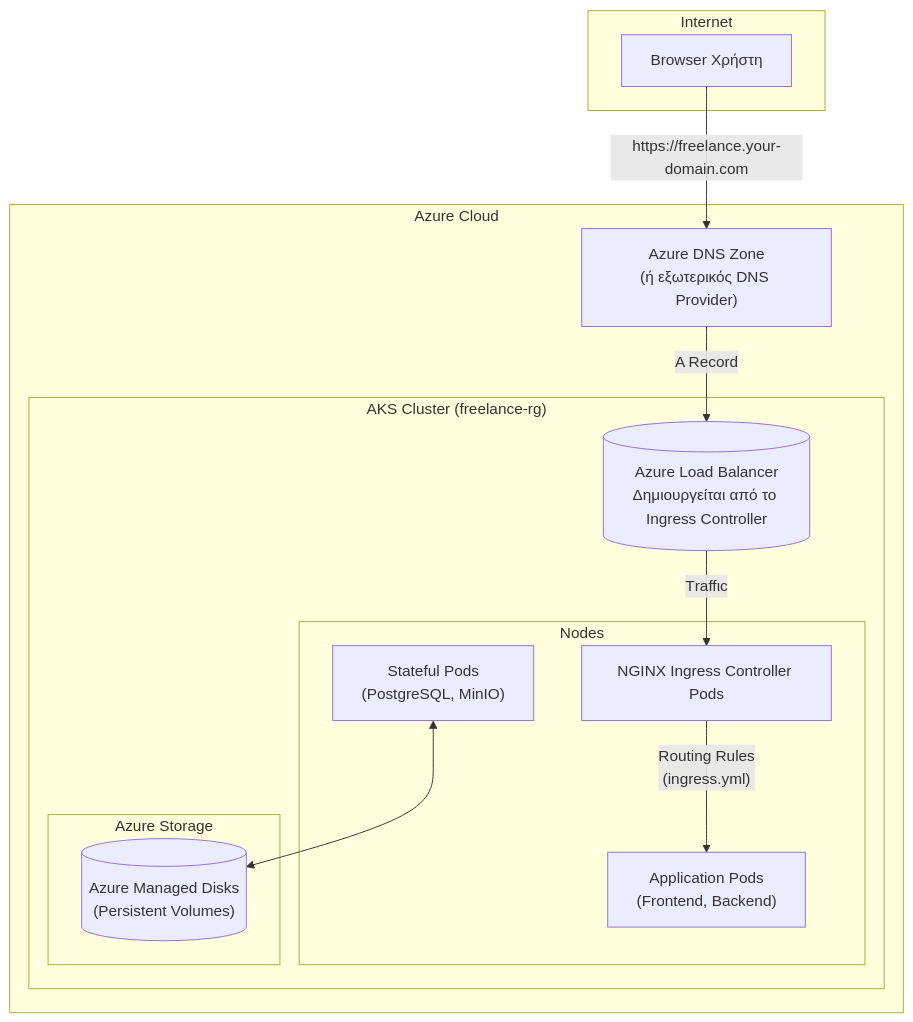
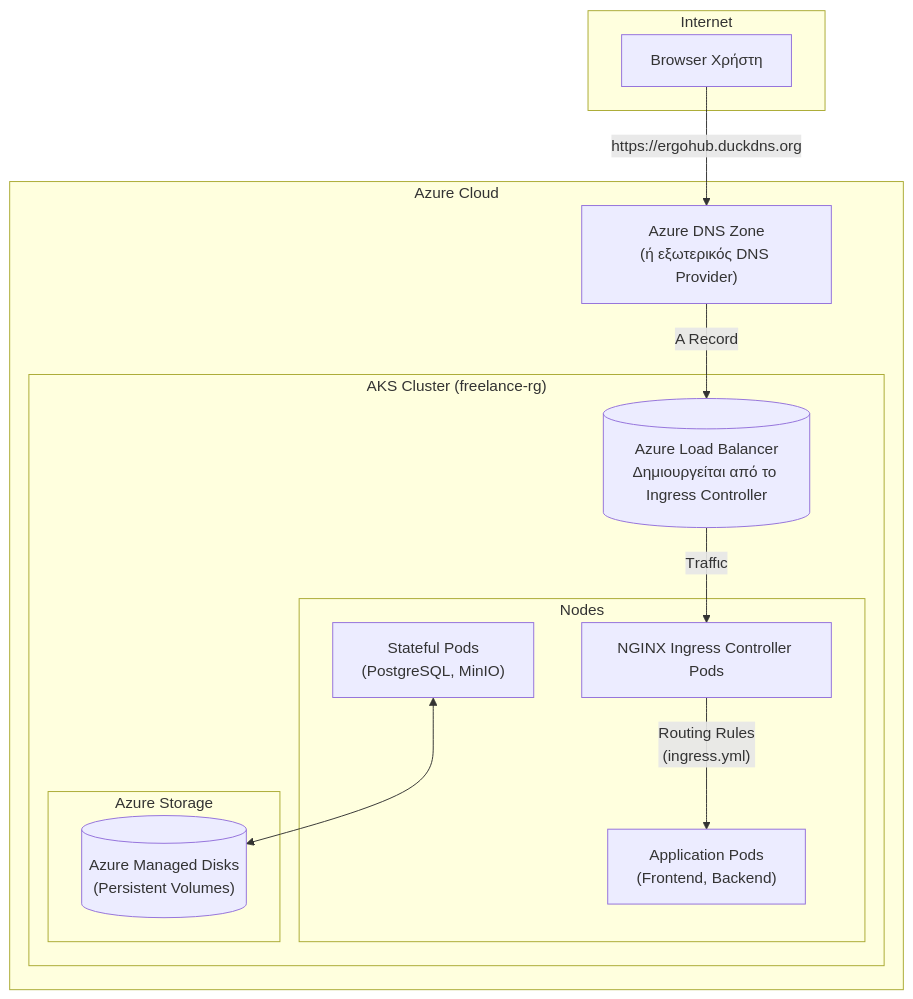
One commit to naasssssty/Freelance changed the diagram in azure/README.md. Above: the diagram before and after it, drawn with Mermaid. The commit also changed other lines of this file, not shown here.

Commit message:
docs: Update Azure README with actual domain names

````diff
--- a/azure/README.md
+++ b/azure/README.md
@@ -11,31 +11,31 @@
 ```mermaid
 graph TD
     subgraph "Internet"
         USER["Browser Χρήστη"]
     end
 
     subgraph "Azure Cloud"
         DNS["Azure DNS Zone<br/>(ή εξωτερικός DNS Provider)"]
         
         subgraph "AKS Cluster (freelance-rg)"
             LB[("Azure Load Balancer<br/>Δημιουργείται από το Ingress Controller")]
             
             subgraph "Nodes"
                 ING_PODS["NGINX Ingress Controller Pods"]
                 APP_PODS["Application Pods<br/>(Frontend, Backend)"]
                 STATE_PODS["Stateful Pods<br/>(PostgreSQL, MinIO)"]
             end
             
             subgraph "Azure Storage"
                 DISK[("Azure Managed Disks<br/>(Persistent Volumes)")];
             end
         end
     end
 
-    USER -- "https://freelance.your-domain.com" --> DNS
+    USER -- "https://ergohub.duckdns.org" --> DNS
     DNS -- "A Record" --> LB
     LB -- "Τraffιc" --> ING_PODS
     
     ING_PODS -- "Routing Rules<br/>(ingress.yml)" --> APP_PODS
     STATE_PODS <--> DISK
 ```
````
